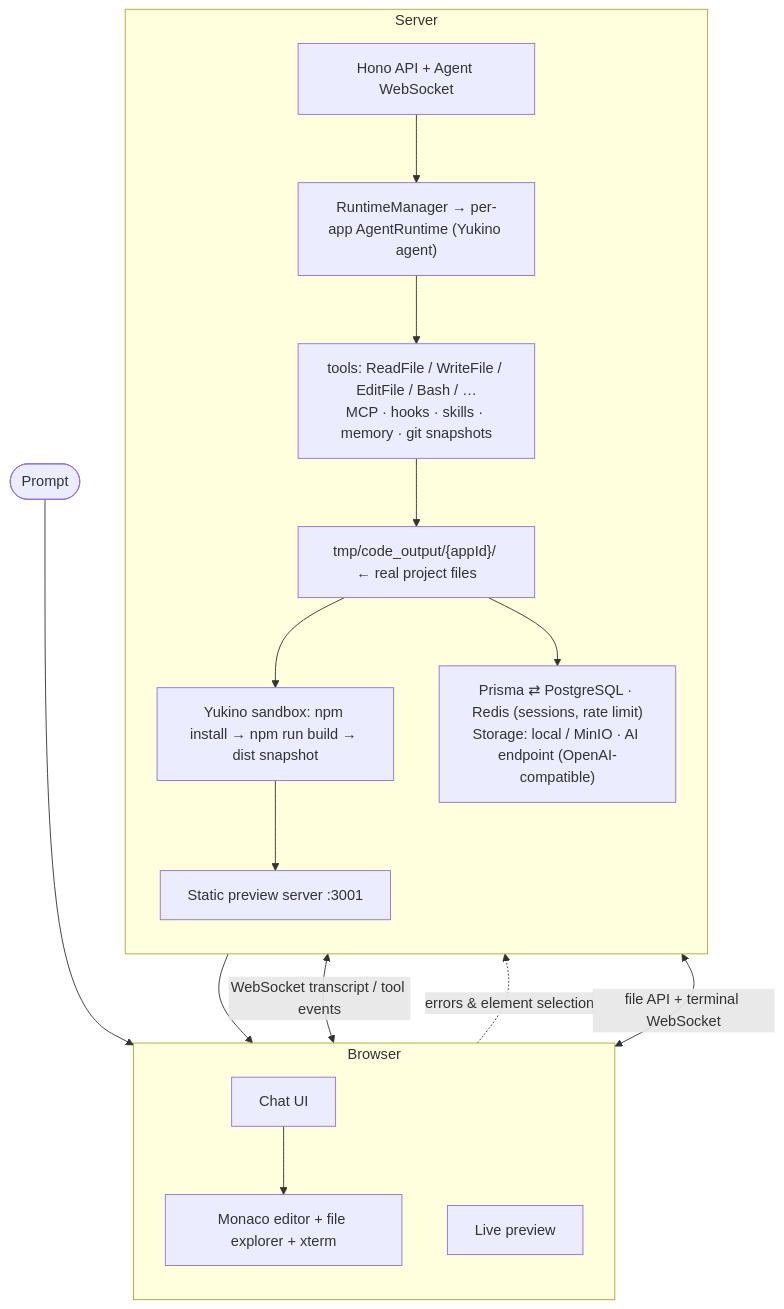
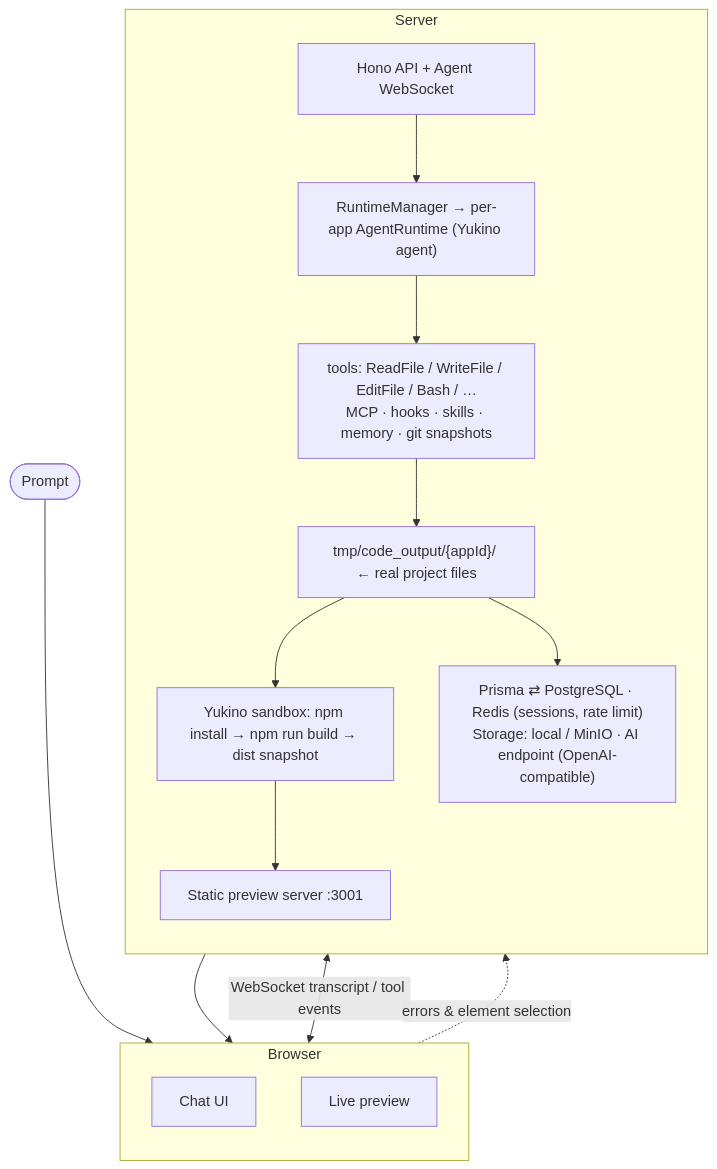
The diagram in README.md (hangtiancheng/yukino-codegen), drawn with Mermaid before and after one commit. The commit also changed other lines of this file and 59 other files, not shown here.

````diff
--- a/README.md
+++ b/README.md
@@ -36,32 +36,29 @@
 ```mermaid
 flowchart TB
     Prompt(["Prompt"])
 
     subgraph Browser["Browser"]
         direction TB
         Chat["Chat UI"]
-        Editor["Monaco editor + file explorer + xterm"]
         Preview["Live preview"]
     end
 
     subgraph Server["Server"]
         direction TB
         Api["Hono API + Agent WebSocket"]
         Runtime["RuntimeManager → per-app AgentRuntime (Yukino agent)"]
         Capabilities["tools: ReadFile / WriteFile / EditFile / Bash / …<br/>MCP · hooks · skills · memory · git snapshots"]
         Workspace["tmp/code_output/{appId}/ ← real project files"]
         Build["Yukino sandbox: npm install → npm run build → dist snapshot"]
         Static["Static preview server :3001"]
         Workspace --> Build --> Static
         Infra["Prisma ⇄ PostgreSQL · Redis (sessions, rate limit)<br/>Storage: local / MinIO · AI endpoint (OpenAI-compatible)"]
 
         Api --> Runtime --> Capabilities --> Workspace --> Infra
     end
 
     Prompt --> Chat
     Chat <-->|"WebSocket transcript / tool events"| Api
-    Chat --> Editor
     Static --> Preview
     Preview -.->|"errors & element selection"| Api
-    Editor <-->|"file API + terminal WebSocket"| Api
 ```
````
